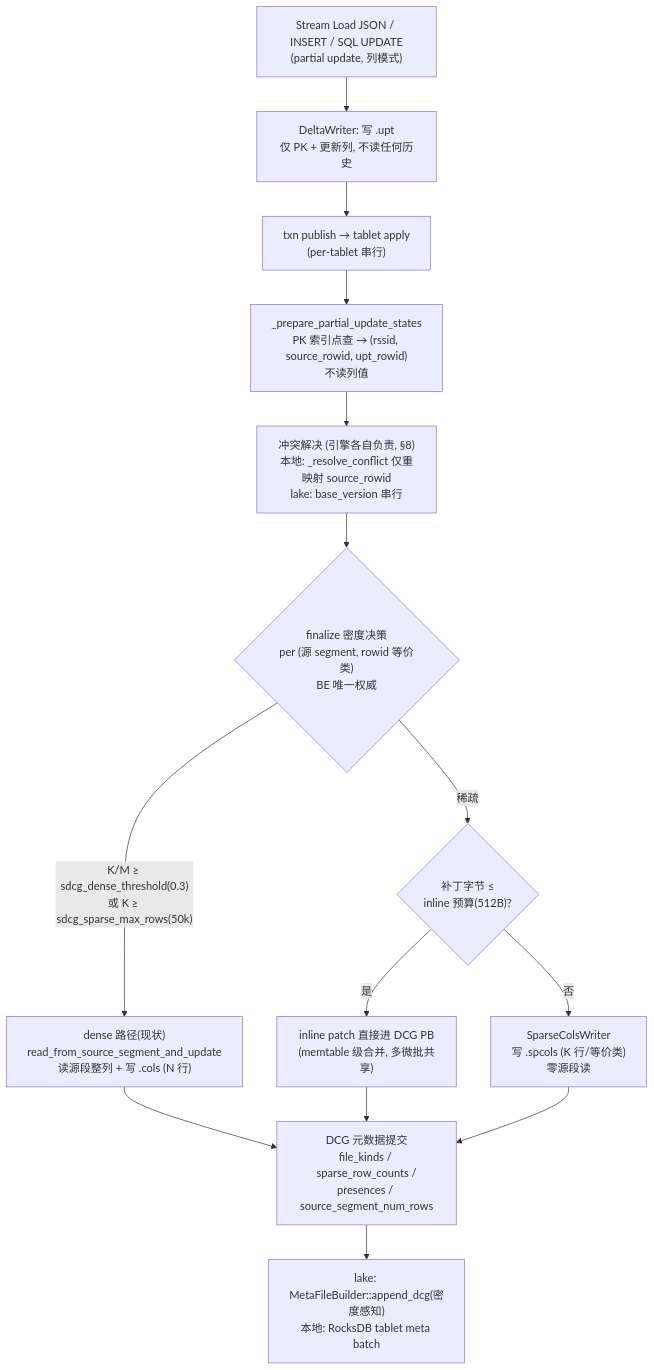
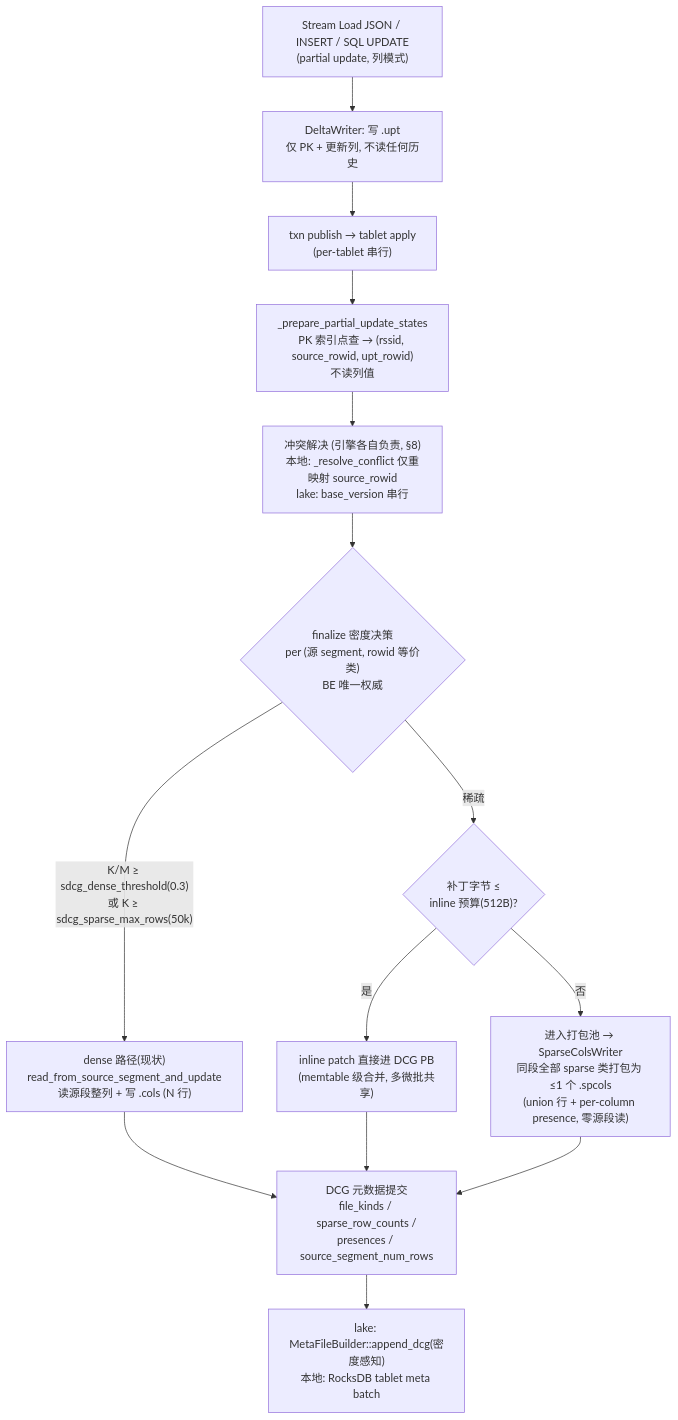
The first of 4 diagrams in handbook/plans/active/2026-06-01-partial-update-sdcg-design.md (meegoo/starrocks), drawn with Mermaid before and after one commit. The commit also changed other lines of this file and 1 other file, not shown here.

First line of the commit message:
[Doc] SDCG: pack sparse classes per (segment, batch); add S3-vs-local cost model

````diff
--- a/handbook/plans/active/2026-06-01-partial-update-sdcg-design.md
+++ b/handbook/plans/active/2026-06-01-partial-update-sdcg-design.md
@@ -231,16 +248,16 @@
 ```mermaid
 flowchart TD
     A["Stream Load JSON / INSERT / SQL UPDATE<br/>(partial update, 列模式)"] --> B["DeltaWriter: 写 .upt<br/>仅 PK + 更新列, 不读任何历史"]
     B --> C["txn publish → tablet apply<br/>(per-tablet 串行)"]
     C --> D["_prepare_partial_update_states<br/>PK 索引点查 → (rssid, source_rowid, upt_rowid)<br/>不读列值"]
     D --> E["冲突解决 (引擎各自负责, §8)<br/>本地: _resolve_conflict 仅重映射 source_rowid<br/>lake: base_version 串行"]
     E --> F{"finalize 密度决策<br/>per (源 segment, rowid 等价类)<br/>BE 唯一权威"}
     F -- "K/M ≥ sdcg_dense_threshold(0.3)<br/>或 K ≥ sdcg_sparse_max_rows(50k)" --> G["dense 路径(现状)<br/>read_from_source_segment_and_update<br/>读源段整列 + 写 .cols (N 行)"]
     F -- "稀疏" --> H{"补丁字节 ≤<br/>inline 预算(512B)?"}
     H -- "是" --> I["inline patch 直接进 DCG PB<br/>(memtable 级合并, 多微批共享)"]
-    H -- "否" --> J["SparseColsWriter<br/>写 .spcols (K 行/等价类)<br/>零源段读"]
+    H -- "否" --> J["进入打包池 → SparseColsWriter<br/>同段全部 sparse 类打包为 ≤1 个 .spcols<br/>(union 行 + per-column presence, 零源段读)"]
     G --> K["DCG 元数据提交<br/>file_kinds / sparse_row_counts /<br/>presences / source_segment_num_rows"]
     I --> K
     J --> K
     K --> L["lake: MetaFileBuilder::append_dcg(密度感知)<br/>本地: RocksDB tablet meta batch"]
 ```
````
